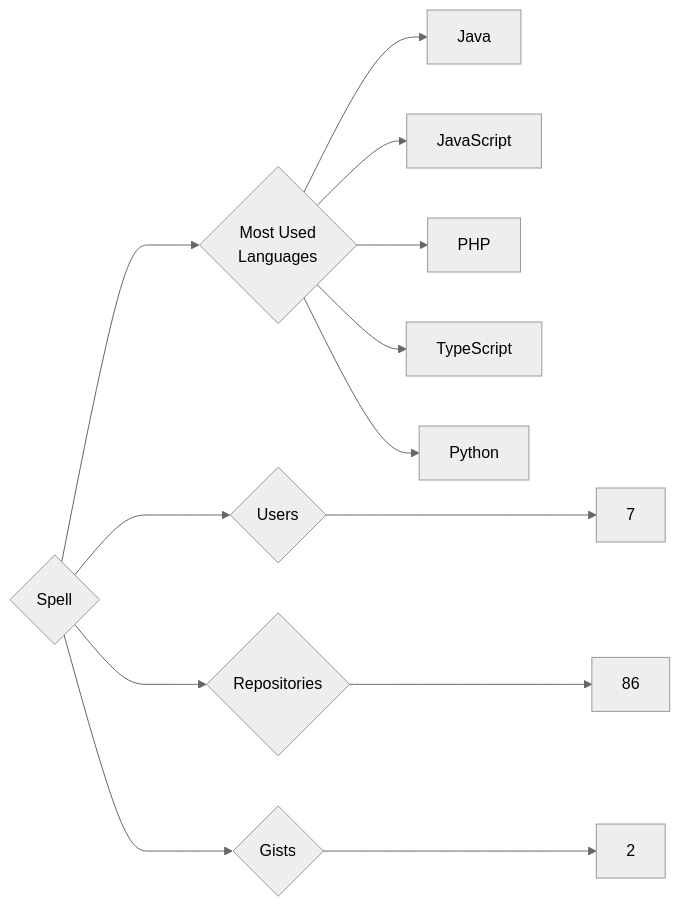
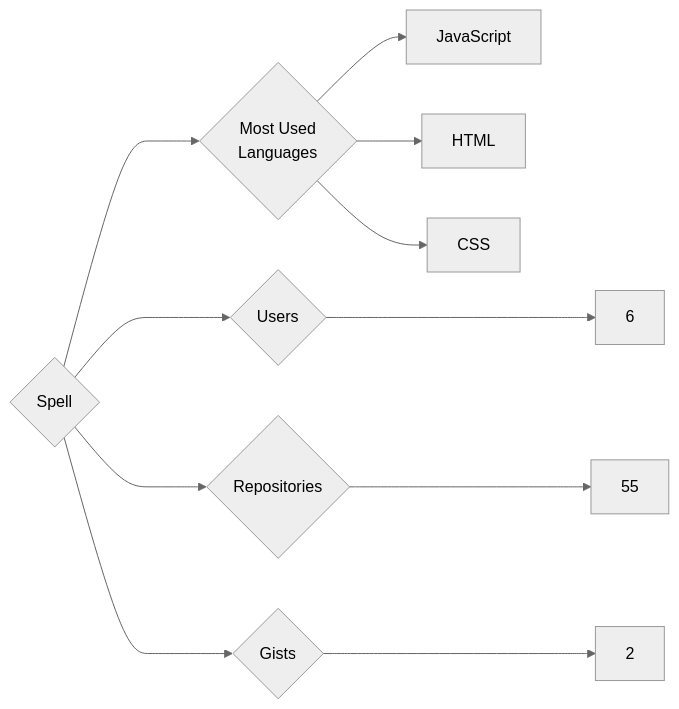
One commit to trickest/insiders changed the diagram in targets/Spell/README.md. Above: the diagram before and after it, drawn with Mermaid (neutral theme). The commit also changed 1248 other files, not shown here.

````diff
--- a/targets/Spell/README.md
+++ b/targets/Spell/README.md
@@ -3,13 +3,11 @@
 ```mermaid
 graph LR
 COMPANY_NAME{Spell}
-COMPANY_NAME ---> U{Users} ---> UN[7]
-COMPANY_NAME ---> R{Repositories} ---> RN[86]
+COMPANY_NAME ---> U{Users} ---> UN[6]
+COMPANY_NAME ---> R{Repositories} ---> RN[55]
 COMPANY_NAME ---> G{Gists} ---> GN[2]
 COMPANY_NAME ---> ML{Most Used<br>Languages}
-ML --> Java[Java]
 ML --> JavaScript[JavaScript]
-ML --> PHP[PHP]
-ML --> TypeScript[TypeScript]
-ML --> Python[Python]
+ML --> HTML[HTML]
+ML --> CSS[CSS]
 ```
````
